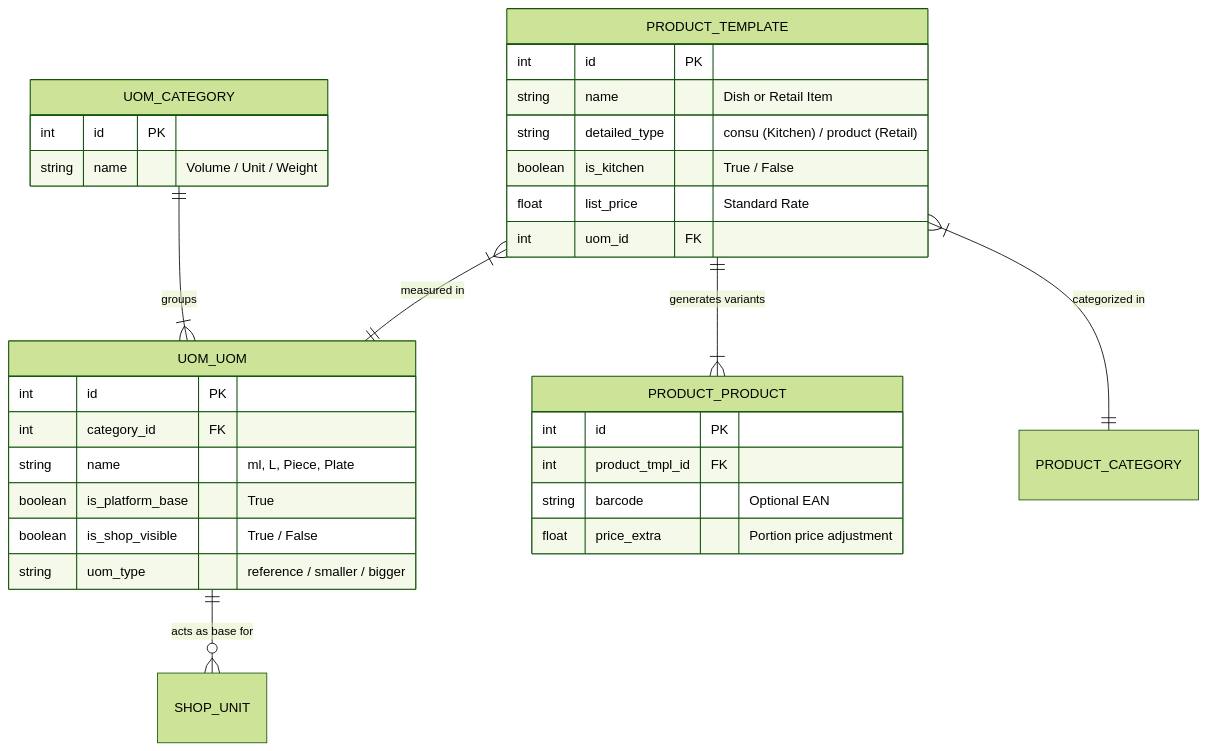
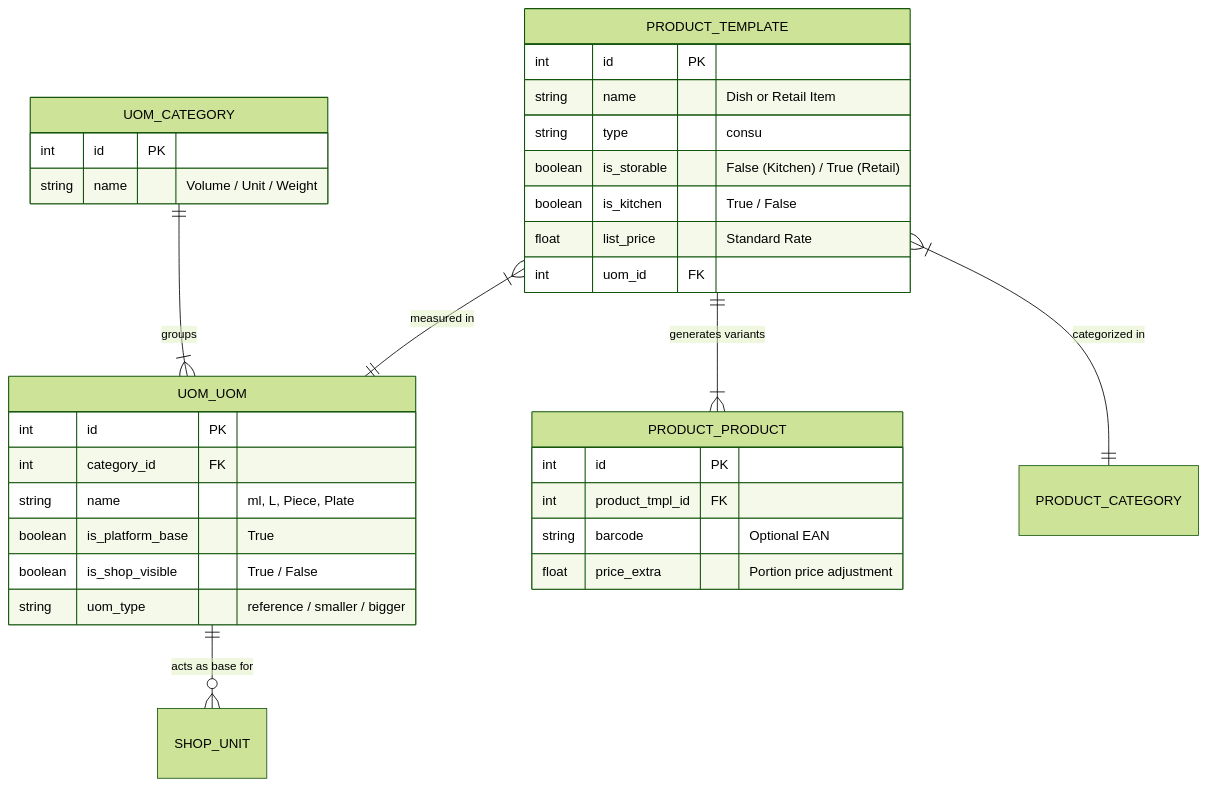
The diagram in docs/kitchen-and-units-spec.md (rrb-rushikesh/orsquare-odoo), drawn with Mermaid (forest theme) before and after one commit. The commit also changed other lines of this file and 11 other files, not shown here.

````diff
--- a/docs/kitchen-and-units-spec.md
+++ b/docs/kitchen-and-units-spec.md
@@ -245,38 +245,39 @@
 ```mermaid
 erDiagram
     UOM_CATEGORY ||--|{ UOM_UOM : "groups"
     UOM_UOM ||--o{ SHOP_UNIT : "acts as base for"
     PRODUCT_TEMPLATE ||--|{ PRODUCT_PRODUCT : "generates variants"
     PRODUCT_TEMPLATE }|--|| UOM_UOM : "measured in"
     PRODUCT_TEMPLATE }|--|| PRODUCT_CATEGORY : "categorized in"
 
     UOM_CATEGORY {
         int id PK
         string name "Volume / Unit / Weight"
     }
 
     UOM_UOM {
         int id PK
         int category_id FK
         string name "ml, L, Piece, Plate"
         boolean is_platform_base "True"
         boolean is_shop_visible "True / False"
         string uom_type "reference / smaller / bigger"
     }
 
     PRODUCT_TEMPLATE {
         int id PK
         string name "Dish or Retail Item"
-        string detailed_type "consu (Kitchen) / product (Retail)"
+        string type "consu"
+        boolean is_storable "False (Kitchen) / True (Retail)"
         boolean is_kitchen "True / False"
         float list_price "Standard Rate"
         int uom_id FK
     }
 
     PRODUCT_PRODUCT {
         int id PK
         int product_tmpl_id FK
         string barcode "Optional EAN"
         float price_extra "Portion price adjustment"
     }
 ```
````
